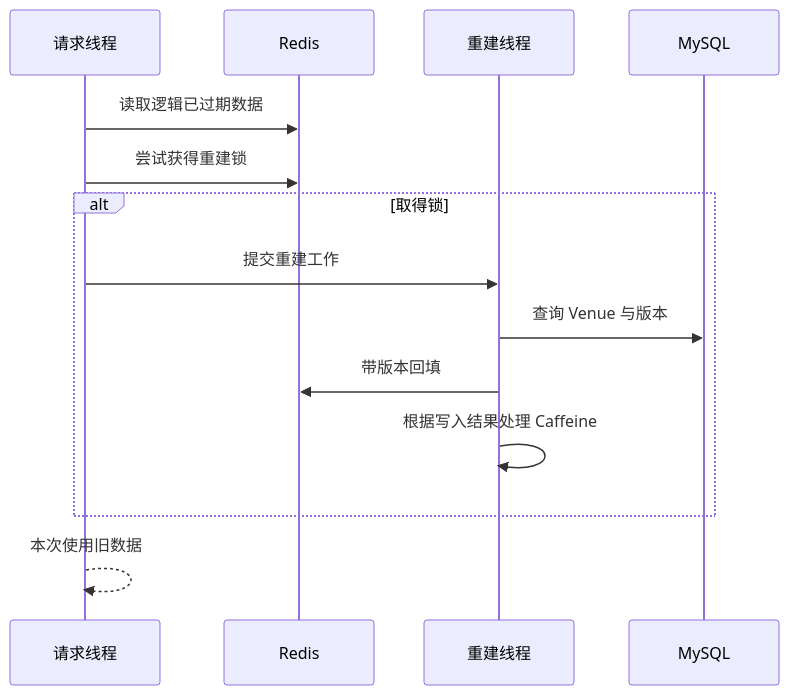
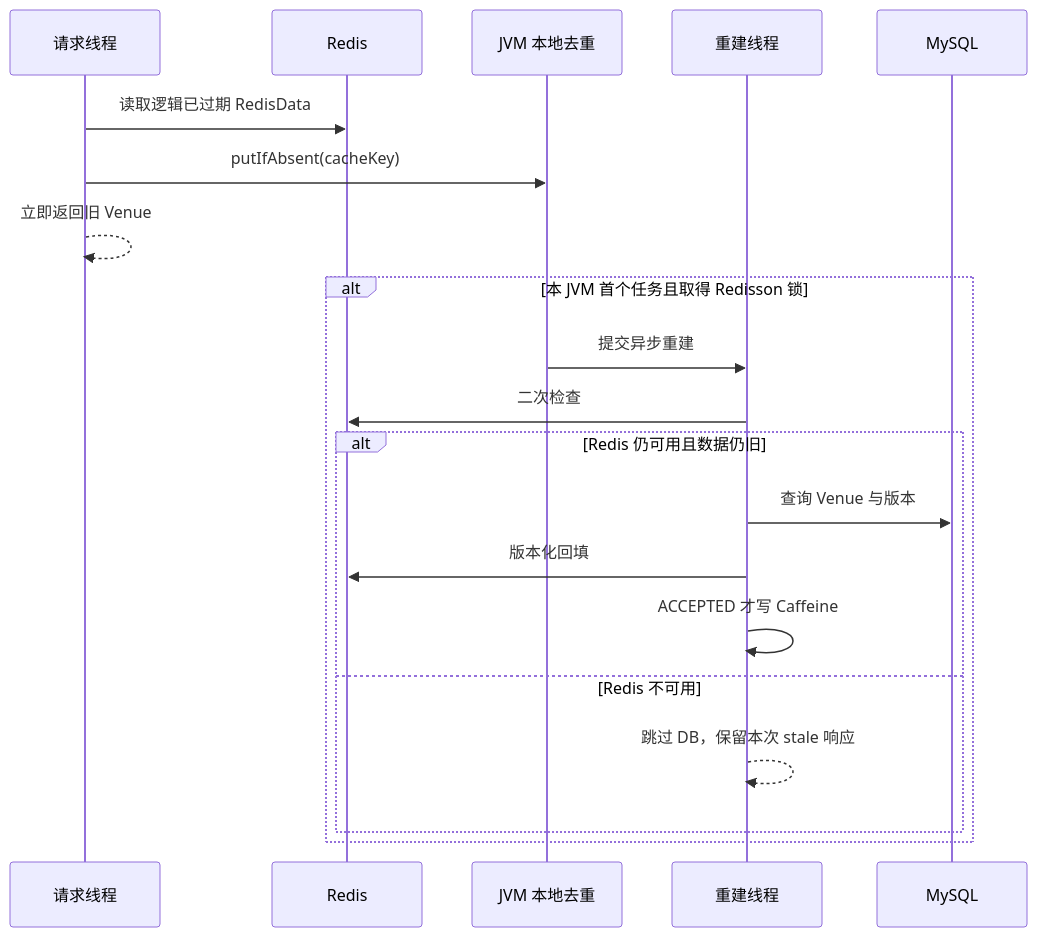
Before and after one commit to SyH-101/citypass-platform: the second of 8 diagrams in 02-多级缓存一致性.md, drawn with Mermaid. The commit also changed other lines of this file, not shown here.

````diff
--- a/02-多级缓存一致性.md
+++ b/02-多级缓存一致性.md
@@ -245,16 +253,22 @@
 ```mermaid
 sequenceDiagram
     participant U as 请求线程
     participant R as Redis
+    participant L as JVM 本地去重
     participant B as 重建线程
     participant D as MySQL
-    U->>R: 读取逻辑已过期数据
-    U->>R: 尝试获得重建锁
-    alt 取得锁
-        U->>B: 提交重建工作
-        B->>D: 查询 Venue 与版本
-        B->>R: 带版本回填
-        B->>B: 根据写入结果处理 Caffeine
+    U->>R: 读取逻辑已过期 RedisData
+    U->>L: putIfAbsent(cacheKey)
+    U-->>U: 立即返回旧 Venue
+    alt 本 JVM 首个任务且取得 Redisson 锁
+        L->>B: 提交异步重建
+        B->>R: 二次检查
+        alt Redis 仍可用且数据仍旧
+            B->>D: 查询 Venue 与版本
+            B->>R: 版本化回填
+            B->>B: ACCEPTED 才写 Caffeine
+        else Redis 不可用
+            B-->>B: 跳过 DB，保留本次 stale 响应
+        end
     end
-    U-->>U: 本次使用旧数据
 ```
````
